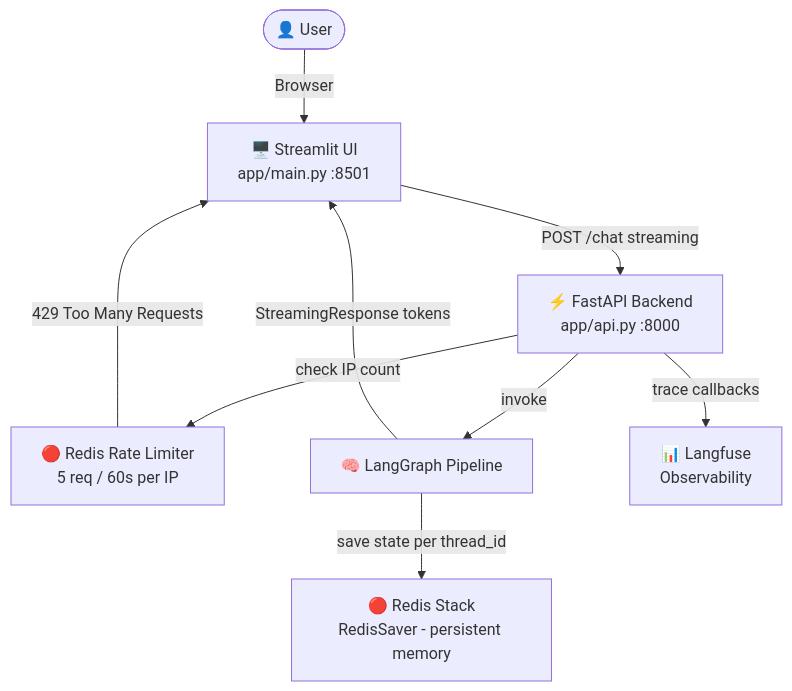
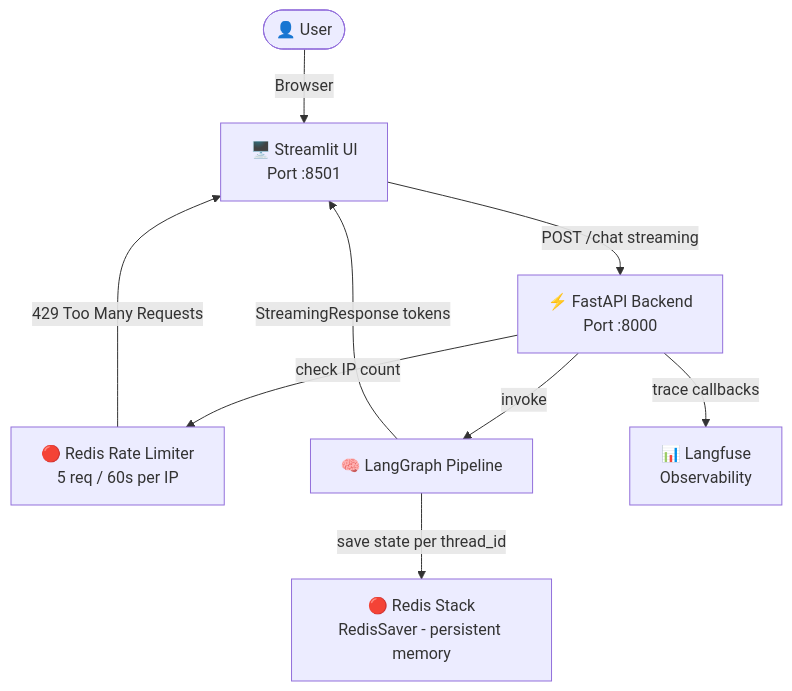
Before and after one commit to UTSAVPANCHAL2006/Agentic-customer-support-ai: the first of 7 diagrams in SYSTEM_ARCHITECTURE.md, drawn with Mermaid. The commit also changed other lines of this file and 2 other files, not shown here.

````diff
--- a/SYSTEM_ARCHITECTURE.md
+++ b/SYSTEM_ARCHITECTURE.md
@@ -9,13 +9,16 @@
 ```mermaid
 flowchart TD
-    U([👤 User]) -->|Browser| ST[🖥️ Streamlit UI\napp/main.py :8501]
-    ST -->|POST /chat streaming| API[⚡ FastAPI Backend\napp/api.py :8000]
+    U([👤 User]) -->|Browser| ST[🖥️ Streamlit UI
+Port :8501]
+    ST -->|POST /chat streaming| API[⚡ FastAPI Backend
+Port :8000
+]
 
     API -->|check IP count| RL[🔴 Redis Rate Limiter\n5 req / 60s per IP]
     RL -->|429 Too Many Requests| ST
 
     API -->|invoke| G[🧠 LangGraph Pipeline]
     G -->|save state per thread_id| RS[🔴 Redis Stack\nRedisSaver - persistent memory]
     G -->|StreamingResponse tokens| ST
     API -->|trace callbacks| LF[📊 Langfuse\nObservability]
 ```
````
